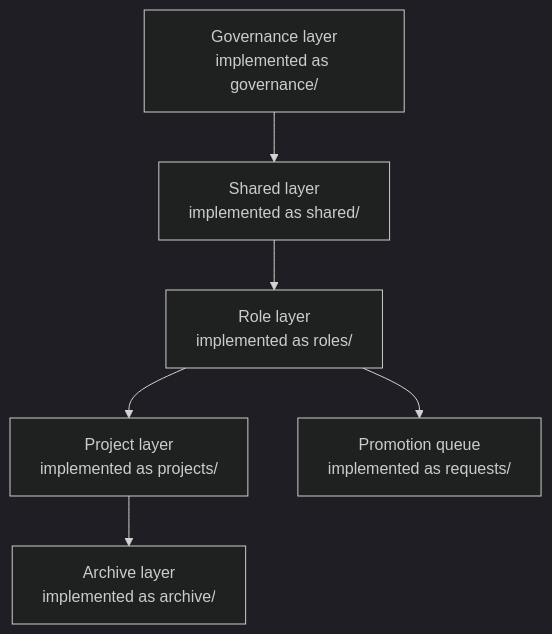
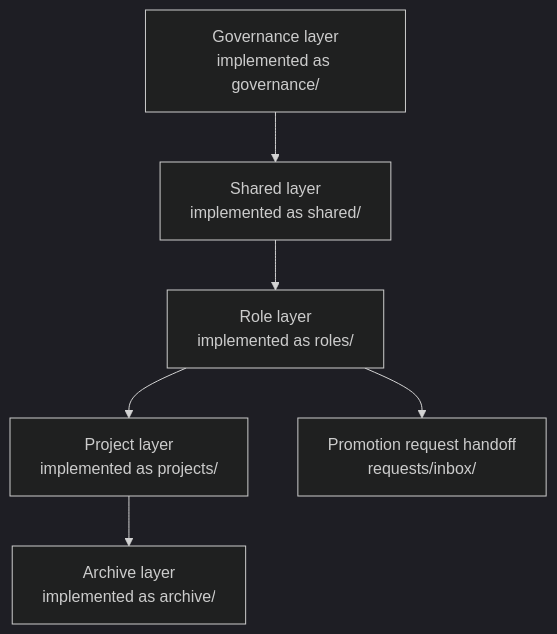
Before and after one commit to PHLens/pamem: the first of 2 diagrams in DESIGN.md, drawn with Mermaid (dark theme). The commit also changed other lines of this file and 15 other files, not shown here.

````diff
--- a/DESIGN.md
+++ b/DESIGN.md
@@ -11,15 +11,15 @@
 ```mermaid
 flowchart TD
     G["Governance layer<br/>implemented as governance/"]
     S["Shared layer<br/>implemented as shared/"]
     R["Role layer<br/>implemented as roles/"]
     P["Project layer<br/>implemented as projects/"]
     A["Archive layer<br/>implemented as archive/"]
-    Q["Promotion queue<br/>implemented as requests/"]
+    Q["Promotion request handoff<br/>requests/inbox/"]
 
     G --> S
     S --> R
     R --> P
     P --> A
     R --> Q
 ```
````
